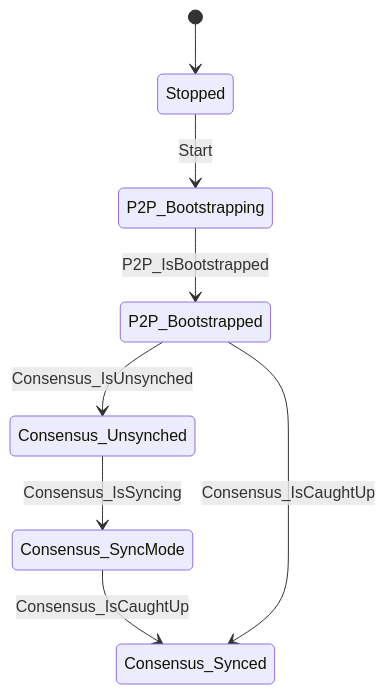
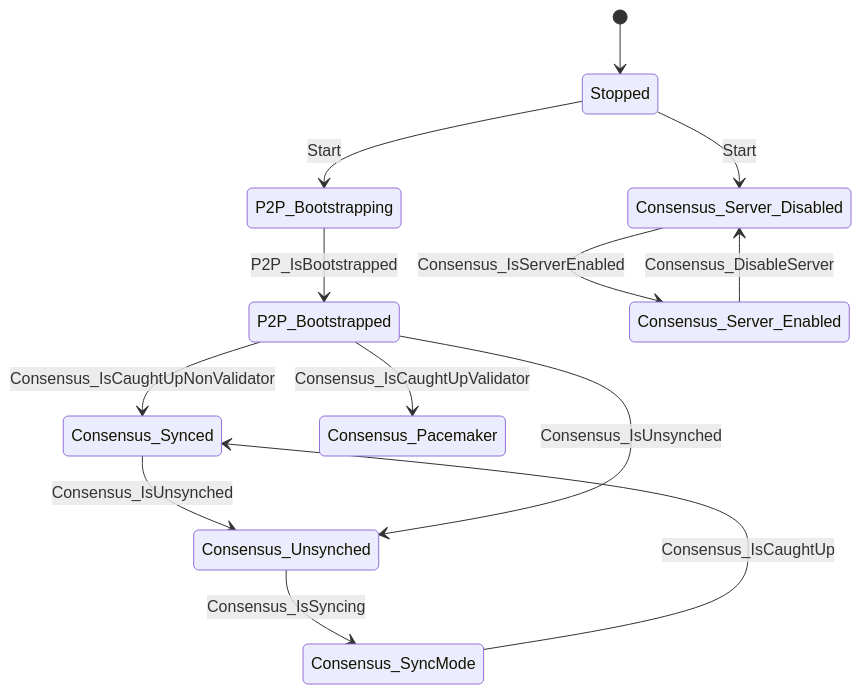
The diagram in state_machine/docs/state-machine.diagram.md (pokt-network/pocket), drawn with Mermaid before and after one commit. The commit also changed 1 other file, not shown here.

Commit message:
update fsm

````diff
--- a/state_machine/docs/state-machine.diagram.md
+++ b/state_machine/docs/state-machine.diagram.md
@@ -5,10 +5,15 @@
 ```mermaid
 stateDiagram-v2
     [*] --> Stopped
+    Consensus_Synced --> Consensus_Unsynched: Consensus_IsUnsynched
     Consensus_SyncMode --> Consensus_Synced: Consensus_IsCaughtUp
     Consensus_Unsynched --> Consensus_SyncMode: Consensus_IsSyncing
-    P2P_Bootstrapped --> Consensus_Synced: Consensus_IsCaughtUp
+    P2P_Bootstrapped --> Consensus_Pacemaker: Consensus_IsCaughtUpValidator
+    P2P_Bootstrapped --> Consensus_Synced: Consensus_IsCaughtUpNonValidator
     P2P_Bootstrapped --> Consensus_Unsynched: Consensus_IsUnsynched
     P2P_Bootstrapping --> P2P_Bootstrapped: P2P_IsBootstrapped
+    Consensus_Server_Enabled --> Consensus_Server_Disabled: Consensus_DisableServer
+    Consensus_Server_Disabled --> Consensus_Server_Enabled: Consensus_IsServerEnabled
+    Stopped --> Consensus_Server_Disabled: Start
     Stopped --> P2P_Bootstrapping: Start
 ```
````
